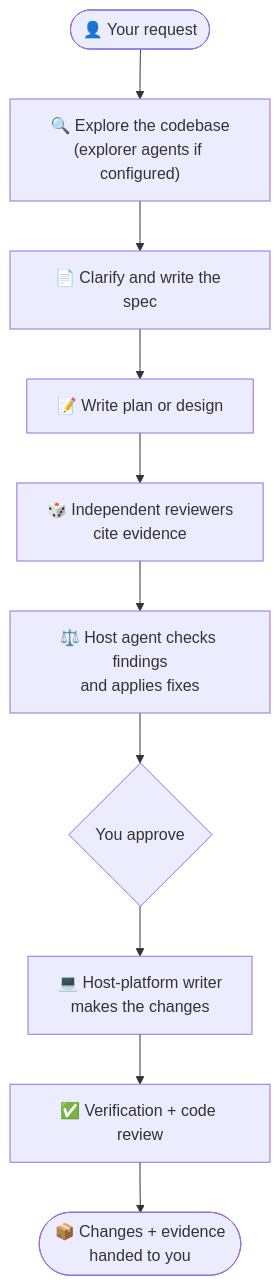
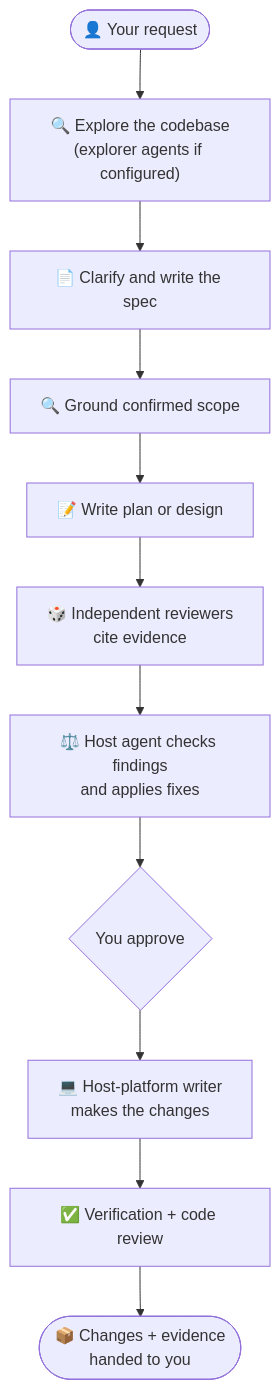
Before and after one commit to Gyunikuchan/dispatch-skills: the diagram in skills/dispatch/README.md, drawn with Mermaid. The commit also changed other lines of this file and 26 other files, not shown here.

````diff
--- a/skills/dispatch/README.md
+++ b/skills/dispatch/README.md
@@ -31,12 +31,13 @@
 ```mermaid
 flowchart TD
     User(["👤 Your request"]) --> Ground["🔍 Explore the codebase<br/>(explorer agents if configured)"]
     Ground --> Spec["📄 Clarify and write the spec"]
-    Spec --> Artifact["📝 Write plan or design"]
+    Spec --> ScopeGround["🔍 Ground confirmed scope"]
+    ScopeGround --> Artifact["📝 Write plan or design"]
     Artifact --> Review["🎲 Independent reviewers<br/>cite evidence"]
     Review --> Adjudicate["⚖️ Host agent checks findings<br/>and applies fixes"]
     Adjudicate --> Approve{"You approve"}
     Approve --> Writer["💻 Host-platform writer<br/>makes the changes"]
     Writer --> Checks["✅ Verification + code review"]
     Checks --> Handoff(["📦 Changes + evidence<br/>handed to you"])
 ```
````
